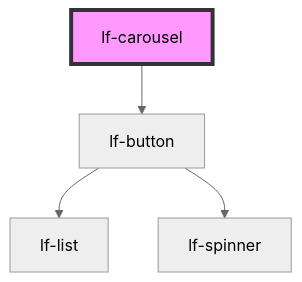
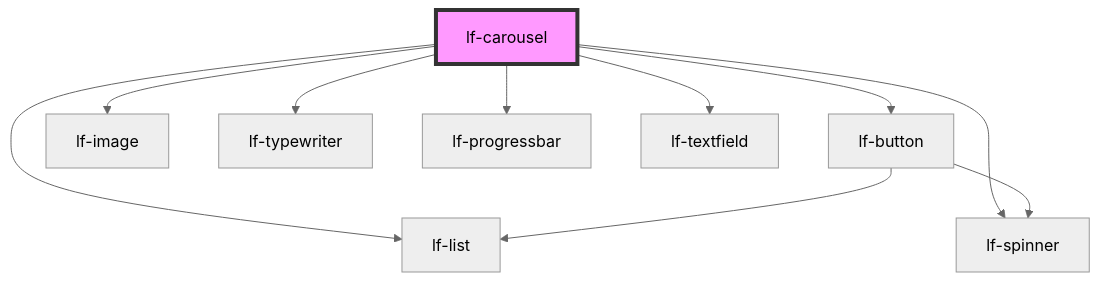
Before and after one commit to lucafoscili/lf-widgets: the diagram in packages/core/src/components/lf-carousel/readme.md, drawn with Mermaid (neutral theme). The commit also changed other lines of this file and 31 other files, not shown here.

````diff
--- a/packages/core/src/components/lf-carousel/readme.md
+++ b/packages/core/src/components/lf-carousel/readme.md
@@ -142,7 +148,13 @@
 ```mermaid
 graph TD;
   lf-carousel --> lf-button
+  lf-carousel --> lf-list
+  lf-carousel --> lf-spinner
+  lf-carousel --> lf-image
+  lf-carousel --> lf-typewriter
+  lf-carousel --> lf-progressbar
+  lf-carousel --> lf-textfield
   lf-button --> lf-list
   lf-button --> lf-spinner
   style lf-carousel fill:#f9f,stroke:#333,stroke-width:4px
 ```
````
